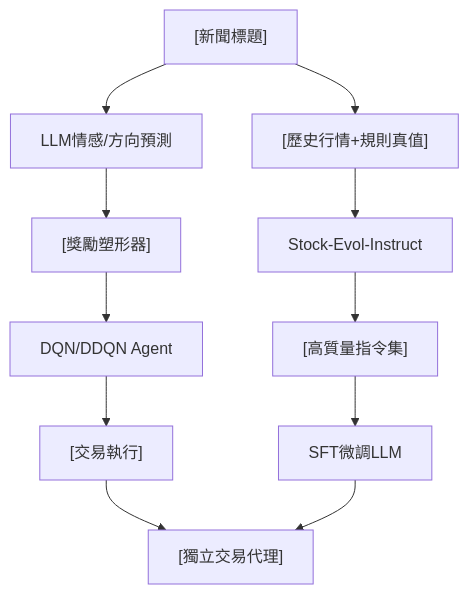
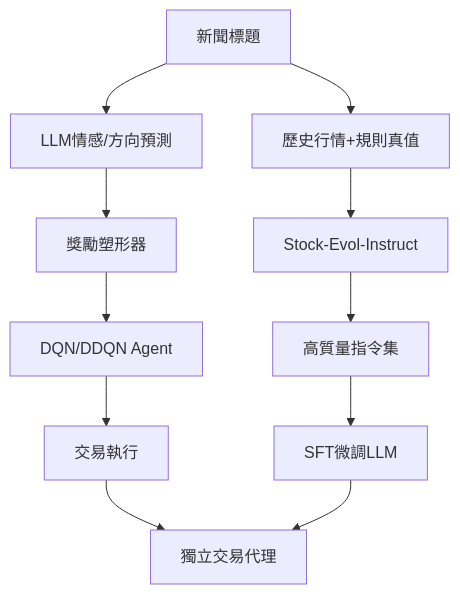
One commit to sou350121/Trading-Handbook changed the diagram in foundations/reinforcement-learning/stock-evol-instruct.md. Above: the diagram before and after it, drawn with Mermaid. The commit also changed 191 other files, not shown here.

First line of the commit message:
render: fix math + mermaid for GitHub across the corpus (188 pages)

````diff
--- a/foundations/reinforcement-learning/stock-evol-instruct.md
+++ b/foundations/reinforcement-learning/stock-evol-instruct.md
@@ -33,13 +33,13 @@
 ```mermaid
 flowchart TD
-    A["[新聞標題]"] --> B["LLM情感/方向預測"]
-    B --> C["[獎勵塑形器]"]
+    A["新聞標題"] --> B["LLM情感/方向預測"]
+    B --> C["獎勵塑形器"]
     C --> D["DQN/DDQN Agent"]
-    D --> E["[交易執行]"]
-    A --> F["[歷史行情+規則真值]"]
-    E --> J["[獨立交易代理]"]
+    D --> E["交易執行"]
+    A --> F["歷史行情+規則真值"]
+    E --> J["獨立交易代理"]
     F --> G["Stock-Evol-Instruct"]
-    G --> H["[高質量指令集]"]
+    G --> H["高質量指令集"]
     H --> I["SFT微調LLM"]
     I --> J
 ```
````
